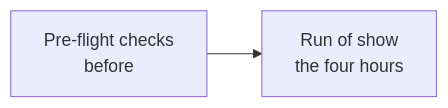
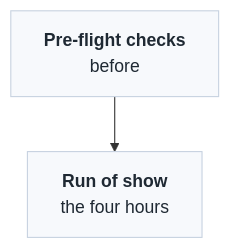
Before and after one commit to gitforsci/website: the diagram in part-delivery.qmd, drawn with Mermaid. The commit also changed 9 other files, not shown here.

First line of the commit message:
docs(book): unify all mermaid diagrams on the overview style

````diff
--- a/part-delivery.qmd
+++ b/part-delivery.qmd
@@ -8,4 +8,9 @@
 ```{mermaid}
-flowchart LR
-    A[Pre-flight checks<br/>before] --> B[Run of show<br/>the four hours]
+flowchart TD
+    classDef layer fill:#f7f9fc,stroke:#c7d2e0,color:#1f2933;
+
+    A["<b>Pre-flight checks</b><br/>before"]:::layer
+    B["<b>Run of show</b><br/>the four hours"]:::layer
+
+    A --> B
 ```
````
